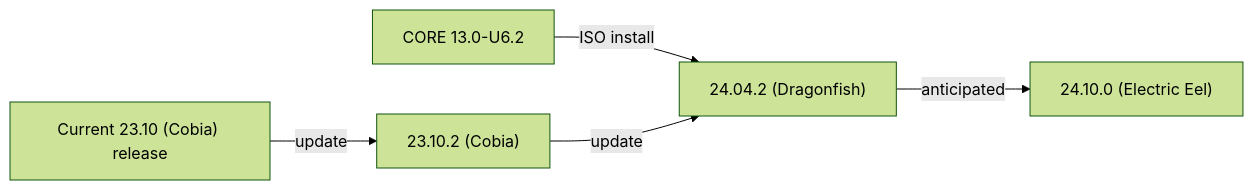
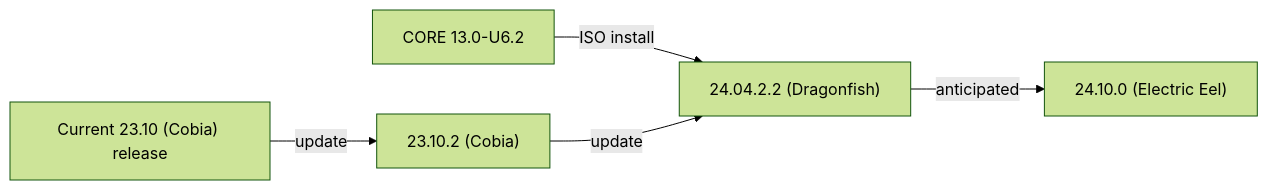
One commit to truenas/documentation changed the second of 2 diagrams in static/includes/SCALEUpgradePaths.md. Above: the diagram before and after it, drawn with Mermaid (forest theme). The commit also changed other lines of this file and 2 other files, not shown here.

Commit message:
24.04.2.2 release followup (24.10 branch)

```diff
--- a/static/includes/SCALEUpgradePaths.md
+++ b/static/includes/SCALEUpgradePaths.md
@@ -65,8 +65,8 @@
           {{< mermaid class="mermaid_sizing" >}}
           flowchart LR
             A["CORE 13.0-U6.2"] -->|ISO install| D
             B["Current 23.10 (Cobia) release"] -->|update| C
             C["23.10.2 (Cobia)"] -->|update| D
-            D["24.04.2 (Dragonfish)"]  -->|anticipated| E
+            D["24.04.2.2 (Dragonfish)"]  -->|anticipated| E
             E["24.10.0 (Electric Eel)"]
           {{< /mermaid >}}
```
